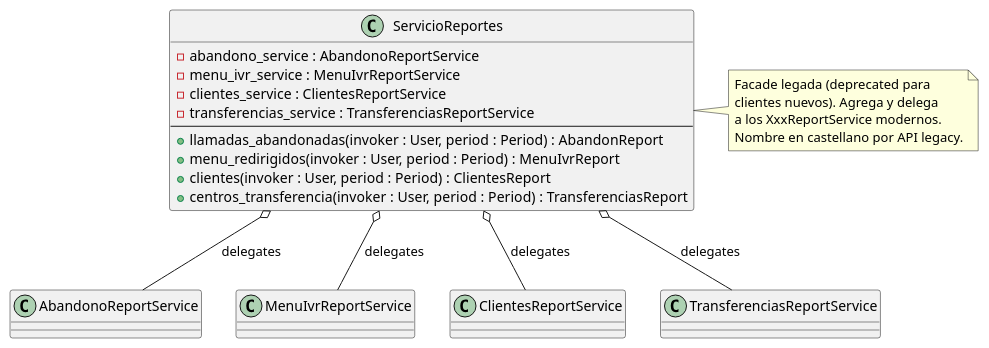
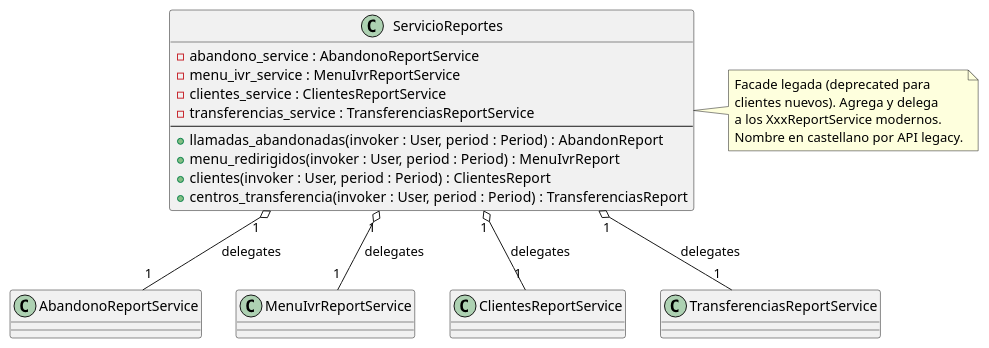
Before and after one commit to jcg-admin/IACT-docs: the diagram in source/arquitectura-tecnica/domain-model/servicio-reportes.rst, drawn with PlantUML. The commit also changed 44 other files, not shown here.

First line of the commit message:
Apply UML rigor pass batch 3: sweep multiplicities + checklist

```diff
--- a/source/arquitectura-tecnica/domain-model/servicio-reportes.rst
+++ b/source/arquitectura-tecnica/domain-model/servicio-reportes.rst
@@ -34,36 +34,36 @@
 .. uml::
  :caption: ServicioReportes — facade que agrega los cuatro
            reportes operativos del IVR.
 
  @startuml
 
  class ServicioReportes {
    - abandono_service : AbandonoReportService
    - menu_ivr_service : MenuIvrReportService
    - clientes_service : ClientesReportService
    - transferencias_service : TransferenciasReportService
    --
    + llamadas_abandonadas(invoker : User, period : Period) : AbandonReport
    + menu_redirigidos(invoker : User, period : Period) : MenuIvrReport
    + clientes(invoker : User, period : Period) : ClientesReport
    + centros_transferencia(invoker : User, period : Period) : TransferenciasReport
  }
 
  class AbandonoReportService
  class MenuIvrReportService
  class ClientesReportService
  class TransferenciasReportService
 
- ServicioReportes o-- AbandonoReportService : delegates
- ServicioReportes o-- MenuIvrReportService : delegates
- ServicioReportes o-- ClientesReportService : delegates
- ServicioReportes o-- TransferenciasReportService : delegates
+ ServicioReportes "1" o-- "1" AbandonoReportService : delegates
+ ServicioReportes "1" o-- "1" MenuIvrReportService : delegates
+ ServicioReportes "1" o-- "1" ClientesReportService : delegates
+ ServicioReportes "1" o-- "1" TransferenciasReportService : delegates
 
  note right of ServicioReportes
    Facade legada (deprecated para
    clientes nuevos). Agrega y delega
    a los XxxReportService modernos.
    Nombre en castellano por API legacy.
  end note
 
  @enduml
```
